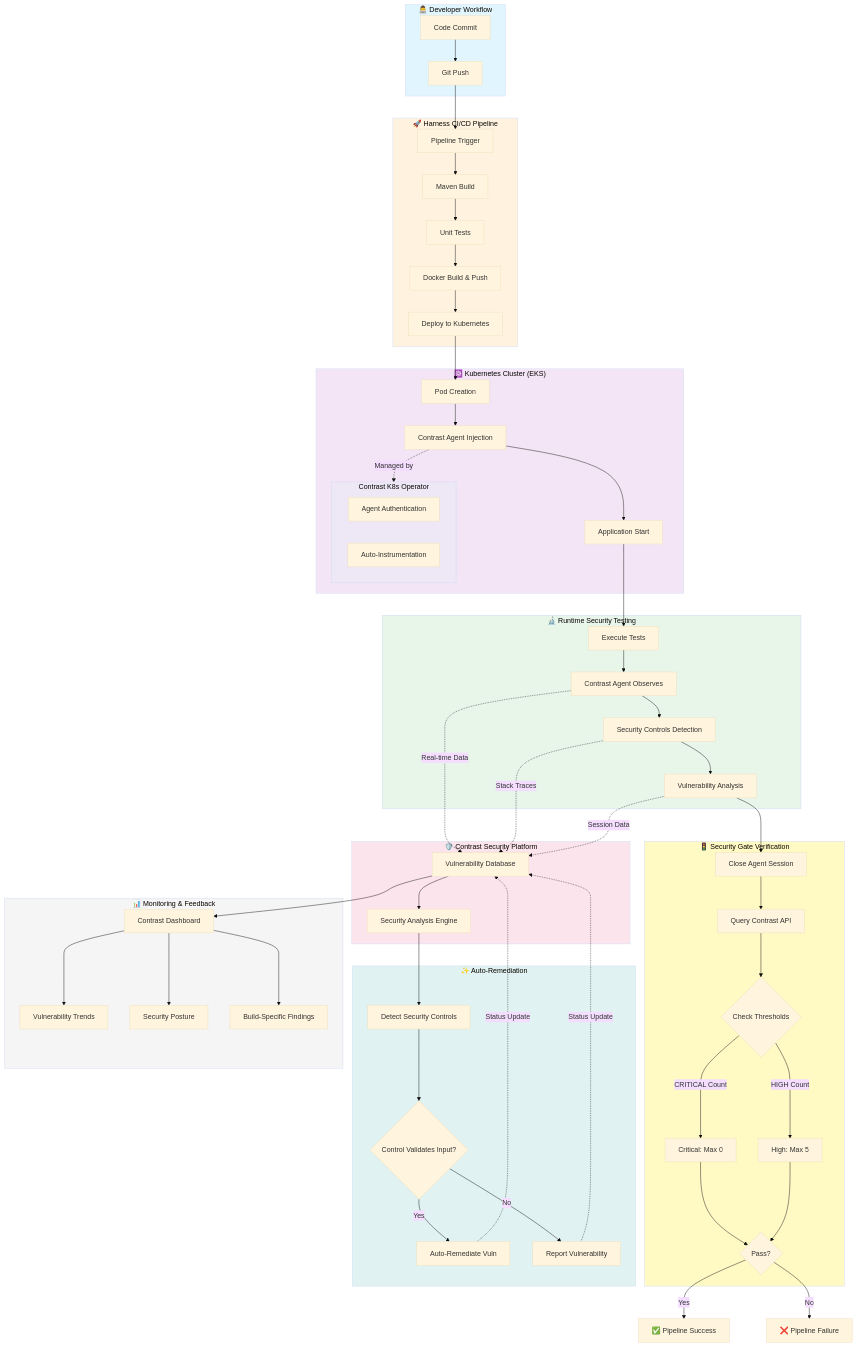
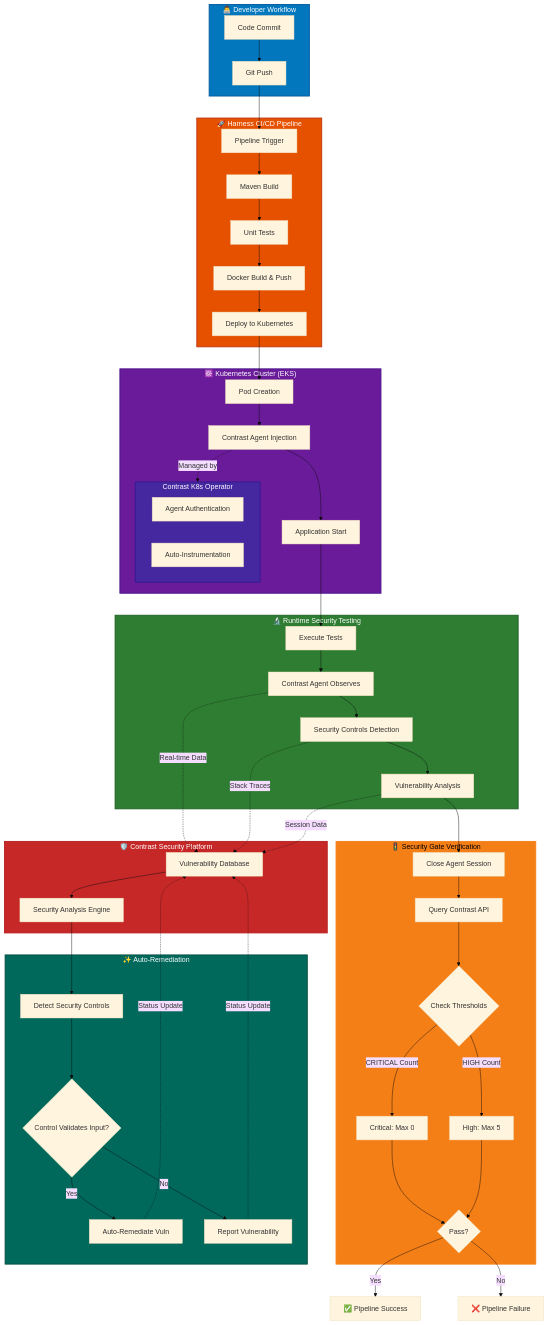
Before and after one commit to marklacasse/contrast-harness-pipeline-demo: the diagram in README.md, drawn with Mermaid (base theme).

Commit message:
docs: Improve flowchart visibility with high-contrast colors
- Replace pastel colors with dark, high-contrast colors
- Use white text on dark backgrounds for better readability
- Yellow background with black text for Security Gate
- Remove Monitoring/Dashboard section from flowchart
- Colors work well in both light and dark modes

````diff
--- a/README.md
+++ b/README.md
@@ -34,81 +34,73 @@
 ```mermaid
 flowchart TB
     subgraph Developer["👨‍💻 Developer Workflow"]
         A[Code Commit] --> B[Git Push]
     end
 
     subgraph Harness["🚀 Harness CI/CD Pipeline"]
         B --> C[Pipeline Trigger]
         C --> D[Maven Build]
         D --> E[Unit Tests]
         E --> F[Docker Build & Push]
         F --> G[Deploy to Kubernetes]
     end
 
     subgraph Kubernetes["☸️ Kubernetes Cluster (EKS)"]
         G --> H[Pod Creation]
         H --> I[Contrast Agent Injection]
         I --> J[Application Start]
         
         subgraph ContrastOp["Contrast K8s Operator"]
             I1[Agent Authentication]
             I2[Auto-Instrumentation]
         end
         
         I -.->|Managed by| ContrastOp
     end
 
     subgraph Runtime["🔬 Runtime Security Testing"]
         J --> K[Execute Tests]
         K --> L[Contrast Agent Observes]
         L --> M[Security Controls Detection]
         M --> N[Vulnerability Analysis]
     end
 
     subgraph ContrastPlatform["🛡️ Contrast Security Platform"]
         L -.->|Real-time Data| O[Vulnerability Database]
         M -.->|Stack Traces| O
         N -.->|Session Data| O
         O --> P[Security Analysis Engine]
     end
 
     subgraph SecurityGate["🚦 Security Gate Verification"]
         N --> Q[Close Agent Session]
         Q --> R[Query Contrast API]
         R --> S{Check Thresholds}
         S -->|CRITICAL Count| T[Critical: Max 0]
         S -->|HIGH Count| U[High: Max 5]
         T --> V{Pass?}
         U --> V
     end
 
     subgraph AutoRemediation["✨ Auto-Remediation"]
         P --> W[Detect Security Controls]
         W --> X{Control Validates Input?}
         X -->|Yes| Y[Auto-Remediate Vuln]
         X -->|No| Z[Report Vulnerability]
     end
 
     V -->|Yes| AA[✅ Pipeline Success]
     V -->|No| AB[❌ Pipeline Failure]
     
     Y -.->|Status Update| O
     Z -.->|Status Update| O
 
-    subgraph Monitoring["📊 Monitoring & Feedback"]
-        O --> AC[Contrast Dashboard]
-        AC --> AD[Vulnerability Trends]
-        AC --> AE[Security Posture]
-        AC --> AF[Build-Specific Findings]
-    end
-
-    style Developer fill:#e1f5fe
-    style Harness fill:#fff3e0
-    style Kubernetes fill:#f3e5f5
-    style Runtime fill:#e8f5e9
-    style ContrastPlatform fill:#fce4ec
-    style SecurityGate fill:#fff9c4
-    style AutoRemediation fill:#e0f2f1
-    style Monitoring fill:#f5f5f5
-    style ContrastOp fill:#ede7f6
+    style Developer fill:#0277bd,stroke:#01579b,stroke-width:2px,color:#fff
+    style Harness fill:#e65100,stroke:#bf360c,stroke-width:2px,color:#fff
+    style Kubernetes fill:#6a1b9a,stroke:#4a148c,stroke-width:2px,color:#fff
+    style Runtime fill:#2e7d32,stroke:#1b5e20,stroke-width:2px,color:#fff
+    style ContrastPlatform fill:#c62828,stroke:#b71c1c,stroke-width:2px,color:#fff
+    style SecurityGate fill:#f57f17,stroke:#f57f17,stroke-width:2px,color:#000
+    style AutoRemediation fill:#00695c,stroke:#004d40,stroke-width:2px,color:#fff
+    style ContrastOp fill:#4527a0,stroke:#311b92,stroke-width:2px,color:#fff
 ```
````
